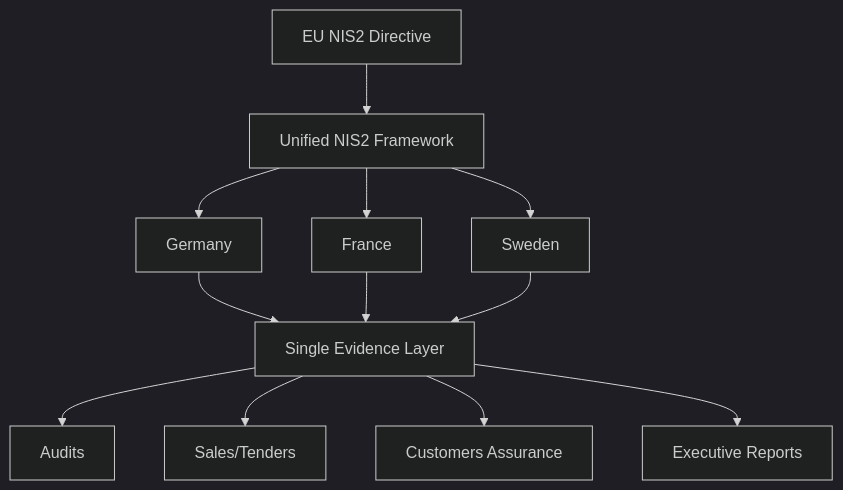
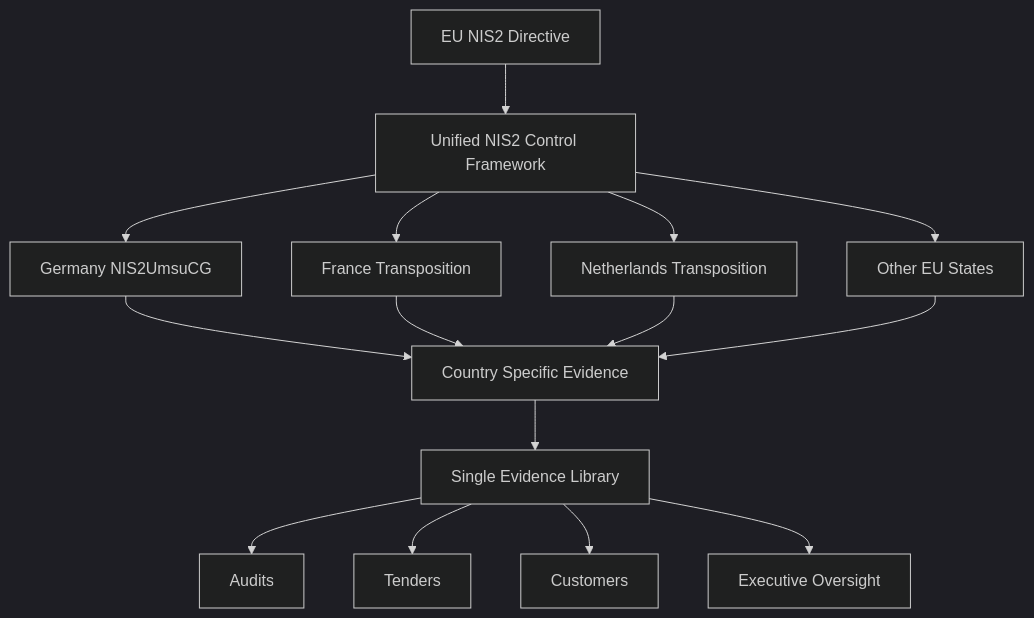
The first of 3 diagrams in docs/source/country-specific-nis2.rst (Mynkskhr/diehlmetering), drawn with Mermaid (dark theme) before and after one commit.

```diff
--- a/docs/source/country-specific-nis2.rst
+++ b/docs/source/country-specific-nis2.rst
@@ -9,27 +9,20 @@
 .. mermaid::
 
    flowchart TD
-       A[EU NIS2 Directive]
-       B[Unified NIS2 Framework]
-       C[Germany]
-       D[France]
-       E[Sweden]
-       F[Single Evidence Layer]
-       G[Audits]
-       H[Sales/Tenders]
-       I[Customers Assurance]
-       J[Executive Reports]
+       A[EU NIS2 Directive] --> B[Unified NIS2 Control Framework]
 
-       A --> B
-       B --> C
-       B --> D
-       B --> E
+       B --> C[Germany NIS2UmsuCG]
+       B --> D[France Transposition]
+       B --> E[Netherlands Transposition]
+       B --> F[Other EU States]
 
-       C --> F
-       D --> F
-       E --> F
+       C --> G[Country Specific Evidence]
+       D --> G
+       E --> G
+       F --> G
 
-       F --> G
-       F --> H
-       F --> I
-       F --> J
+       G --> H[Single Evidence Library]
+       H --> I[Audits]
+       H --> J[Tenders]
+       H --> K[Customers]
+       H --> L[Executive Oversight]
```
